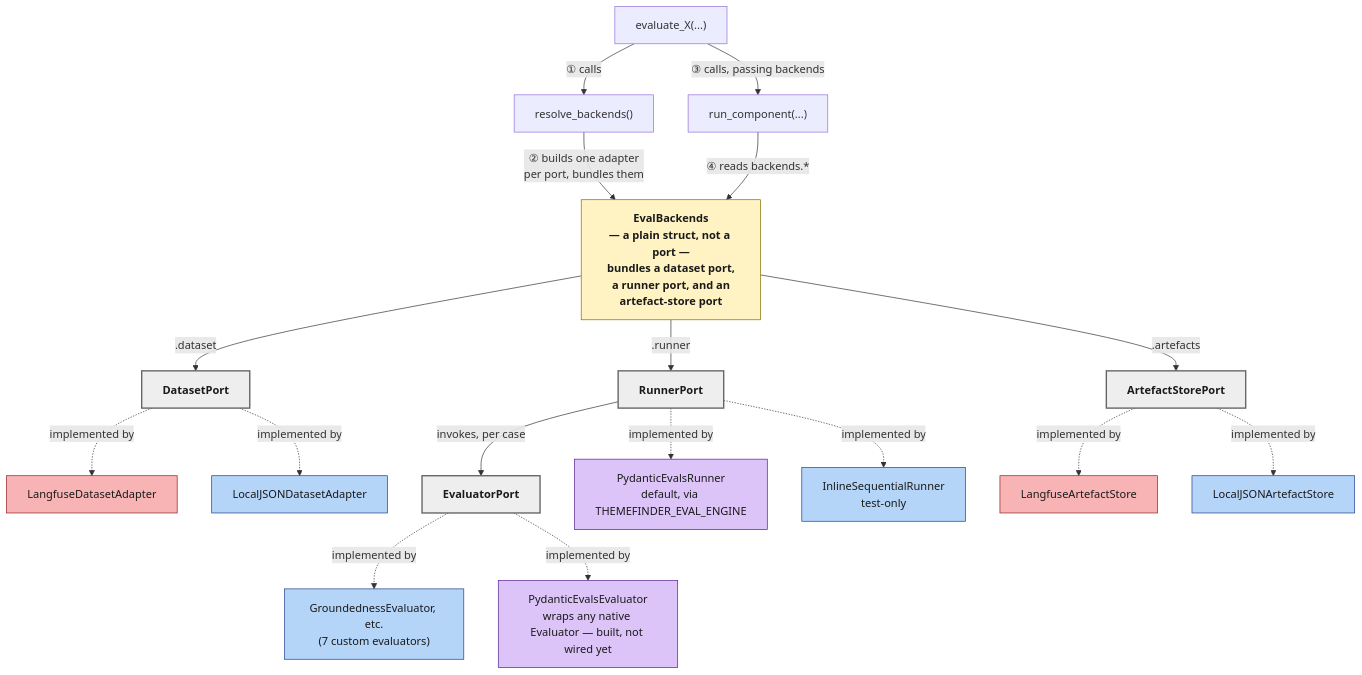
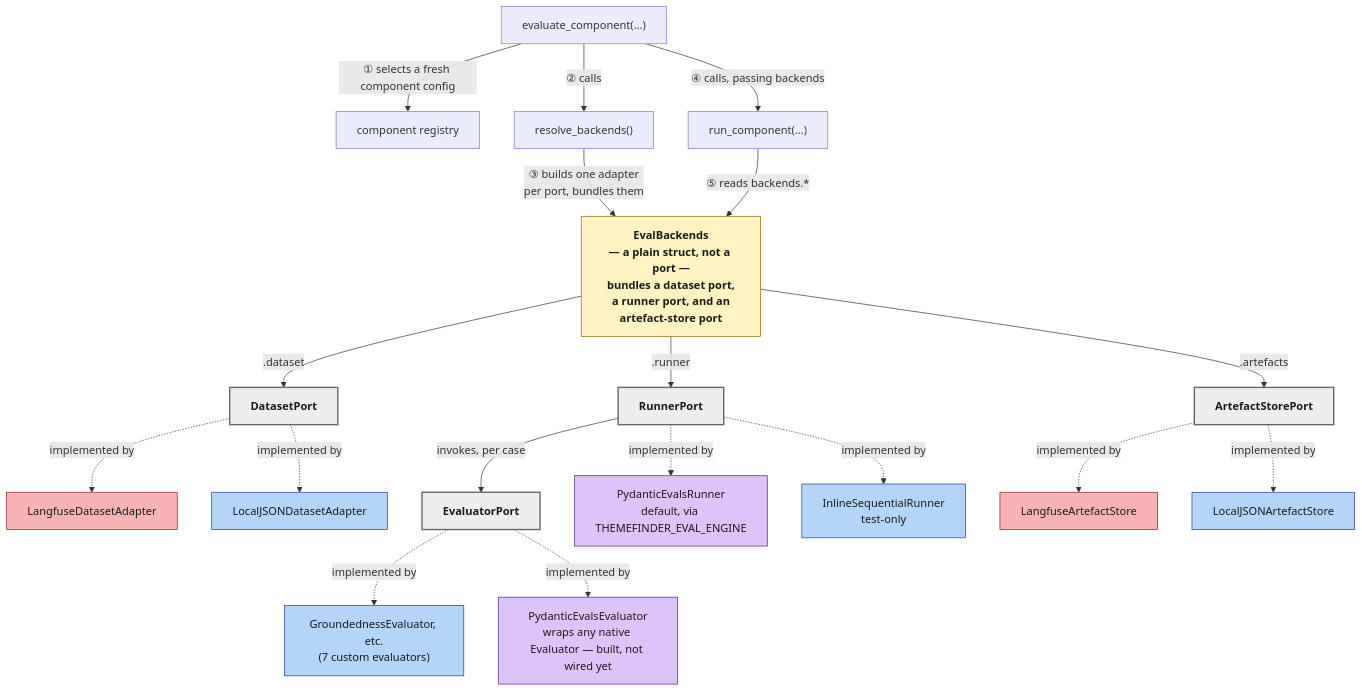
One commit to i-dot-ai/consult changed the diagram in docs/architecture/design/modular-evaluation-framework.md. Above: the diagram before and after it, drawn with Mermaid. The commit also changed other lines of this file and 28 other files, not shown here.

````diff
--- a/docs/architecture/design/modular-evaluation-framework.md
+++ b/docs/architecture/design/modular-evaluation-framework.md
@@ -95,38 +80,39 @@
 ```mermaid
 flowchart TB
-    ES["evaluate_X(...)"] -->|"① calls"| RB["resolve_backends()"]
-    RB -->|"② builds one adapter<br/>per port, bundles them"| EB
-    ES -->|"③ calls, passing backends"| RS["run_component(...)"]
-    RS -->|"④ reads backends.*"| EB
+    ES["evaluate_component(...)"] -->|"① selects a fresh component config"| CR["component registry"]
+    ES -->|"② calls"| RB["resolve_backends()"]
+    RB -->|"③ builds one adapter<br/>per port, bundles them"| EB
+    ES -->|"④ calls, passing backends"| RS["run_component(...)"]
+    RS -->|"⑤ reads backends.*"| EB
 
     EB["EvalBackends<br/>— a plain struct, not a port —<br/>bundles a dataset port,<br/>a runner port, and an<br/>artefact-store port"]
 
     EB -->|".dataset"| DP["DatasetPort"]
     EB -->|".runner"| RP["RunnerPort"]
     EB -->|".artefacts"| AP["ArtefactStorePort"]
     RP -->|"invokes, per case"| EP["EvaluatorPort"]
 
     DP -.->|"implemented by"| LDA["LangfuseDatasetAdapter"]
     DP -.->|"implemented by"| LJDA["LocalJSONDatasetAdapter"]
 
     EP -.->|"implemented by"| CEA["GroundednessEvaluator, etc.<br/>(7 custom evaluators)"]
     EP -.->|"implemented by"| PEA["PydanticEvalsEvaluator<br/>wraps any native Evaluator — built, not wired yet"]
 
     RP -.->|"implemented by"| PER["PydanticEvalsRunner<br/>default, via THEMEFINDER_EVAL_ENGINE"]
     RP -.->|"implemented by"| ISR["InlineSequentialRunner<br/>test-only"]
 
     AP -.->|"implemented by"| LAS["LangfuseArtefactStore"]
     AP -.->|"implemented by"| LJAS["LocalJSONArtefactStore"]
 
     classDef langfuse fill:#f8b4b4,stroke:#902020,color:#1a1a1a
     classDef local fill:#b4d4f8,stroke:#204090,color:#1a1a1a
     classDef pyd fill:#ddc4f8,stroke:#502090,color:#1a1a1a
     classDef port fill:#eee,stroke:#666,color:#1a1a1a,font-weight:bold,stroke-width:2px
     classDef backends fill:#fff3c4,stroke:#8a6d00,color:#1a1a1a,font-weight:bold
     class LDA,LAS langfuse
     class LJDA,LJAS,ISR local
     class PER,PEA pyd
     class CEA local
     class DP,EP,RP,AP port
     class EB backends
 ```
````
